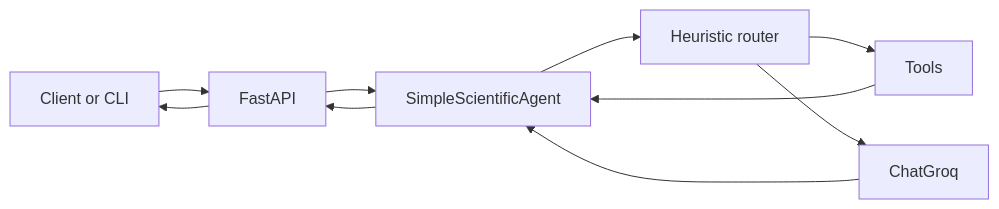
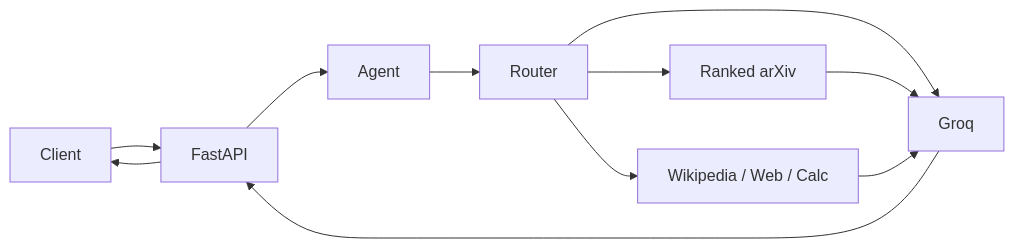
One commit to sidnei-almeida/langchain-autonomous-agent changed the diagram in README.md. Above: the diagram before and after it, drawn with Mermaid. The commit also changed other lines of this file and 9 other files, not shown here.

````diff
--- a/README.md
+++ b/README.md
@@ -90,12 +53,13 @@
 ```mermaid
 flowchart LR
-  U[Client or CLI] --> API[FastAPI]
-  API --> A[SimpleScientificAgent]
-  A --> R[Heuristic router]
-  R --> T[Tools]
-  R --> L[ChatGroq]
-  T --> A
-  L --> A
-  A --> API
+  U[Client] --> API[FastAPI]
+  API --> A[Agent]
+  A --> R[Router]
+  R --> ArXiv[Ranked arXiv]
+  R --> Other[Wikipedia / Web / Calc]
+  R --> G[Groq]
+  ArXiv --> G
+  Other --> G
+  G --> API
   API --> U
 ```
````
